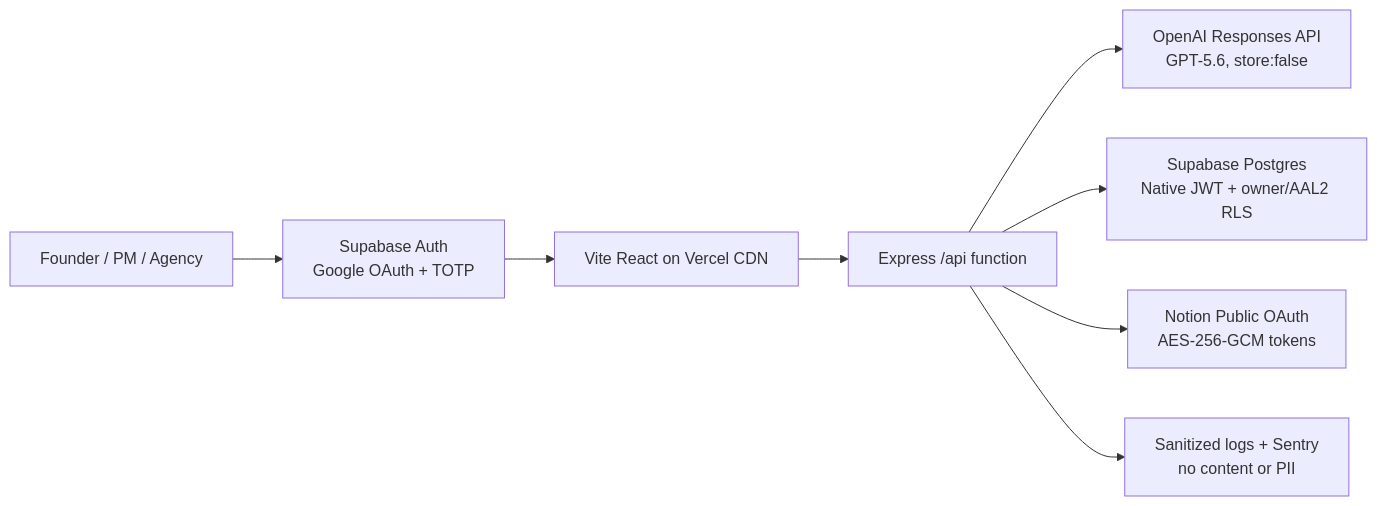
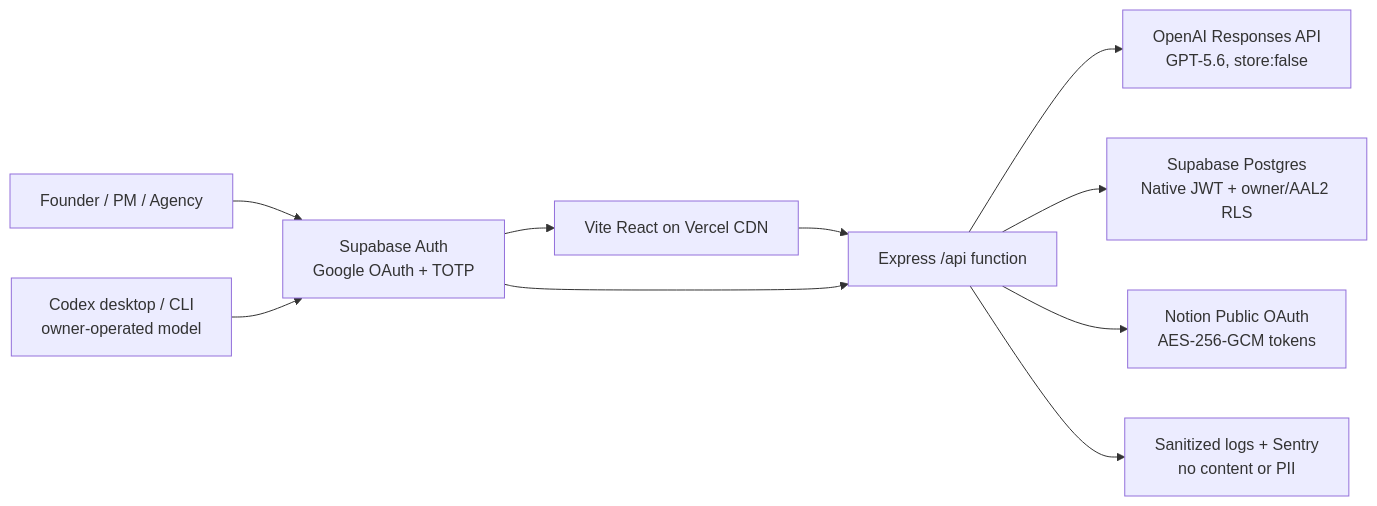
The diagram in README.md (Z2ZATL/lumixia-brief), drawn with Mermaid before and after one commit. The commit also changed other lines of this file and 33 other files, not shown here.

First line of the commit message:
Add owner-operated Codex MCP connection

````diff
--- a/README.md
+++ b/README.md
@@ -24,10 +24,12 @@
 ```mermaid
 flowchart LR
   U["Founder / PM / Agency"] --> C["Supabase Auth\nGoogle OAuth + TOTP"]
+  X["Codex desktop / CLI\nowner-operated model"] --> C
   C --> V["Vite React on Vercel CDN"]
   V --> E["Express /api function"]
+  C --> E
   E --> O["OpenAI Responses API\nGPT-5.6, store:false"]
   E --> S["Supabase Postgres\nNative JWT + owner/AAL2 RLS"]
   E --> N["Notion Public OAuth\nAES-256-GCM tokens"]
   E --> M["Sanitized logs + Sentry\nno content or PII"]
 ```
````
